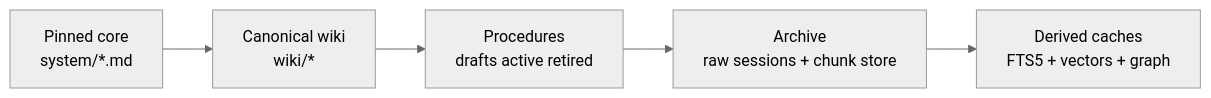
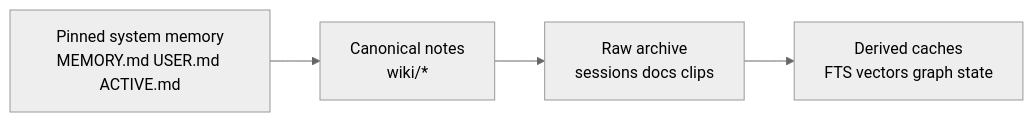
The third of 8 diagrams in README.md (Jianyu010/MnemonicOS), drawn with Mermaid (neutral theme) before and after one commit. The commit also changed other lines of this file and 15 other files, not shown here.

````diff
--- a/README.md
+++ b/README.md
@@ -35,7 +88,6 @@
 ```mermaid
 flowchart LR
-    L1["Pinned core<br/>system/*.md"] --> L2["Canonical wiki<br/>wiki/*"]
-    L2 --> L3["Procedures<br/>drafts active retired"]
-    L3 --> L4["Archive<br/>raw sessions + chunk store"]
-    L4 --> L5["Derived caches<br/>FTS5 + vectors + graph"]
+    A["Pinned system memory<br/>MEMORY.md USER.md ACTIVE.md"] --> B["Canonical notes<br/>wiki/*"]
+    B --> C["Raw archive<br/>sessions docs clips"]
+    C --> D["Derived caches<br/>FTS vectors graph state"]
 ```
````
